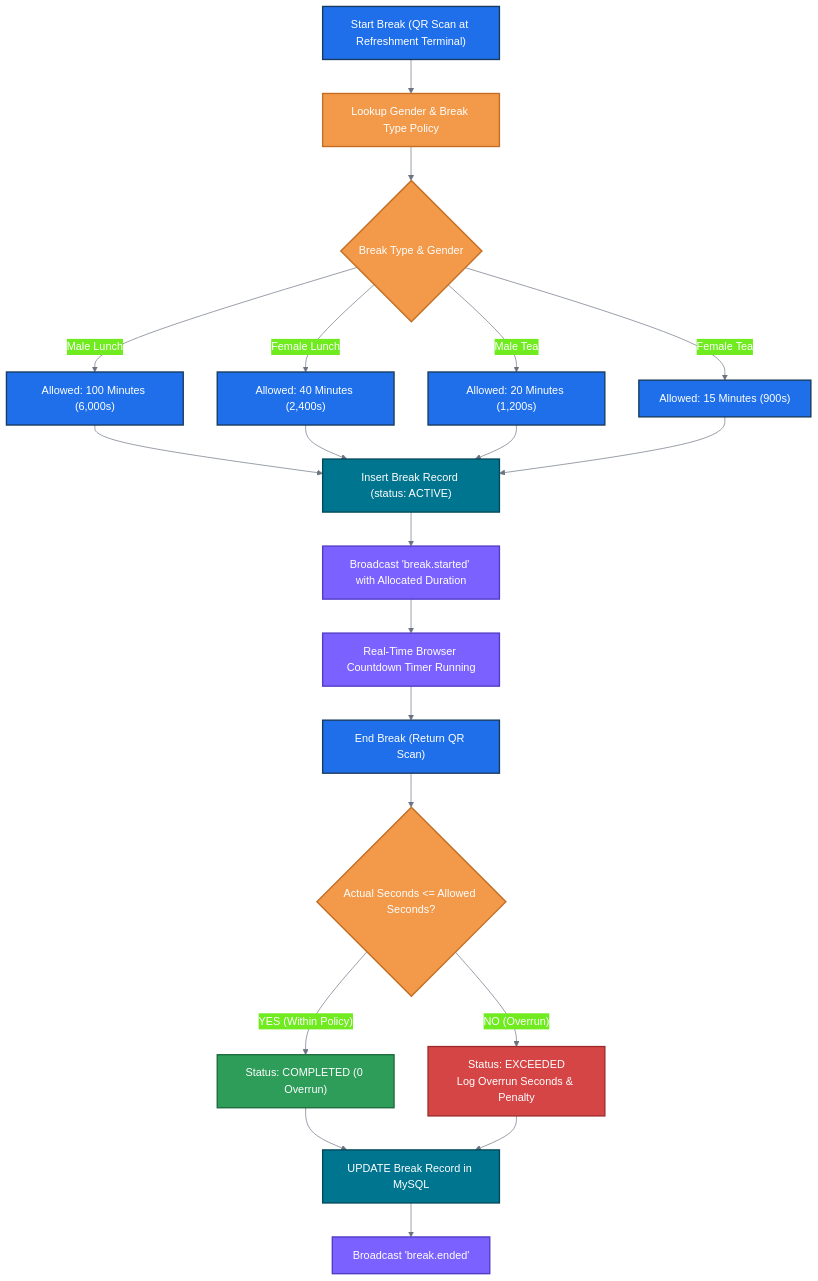
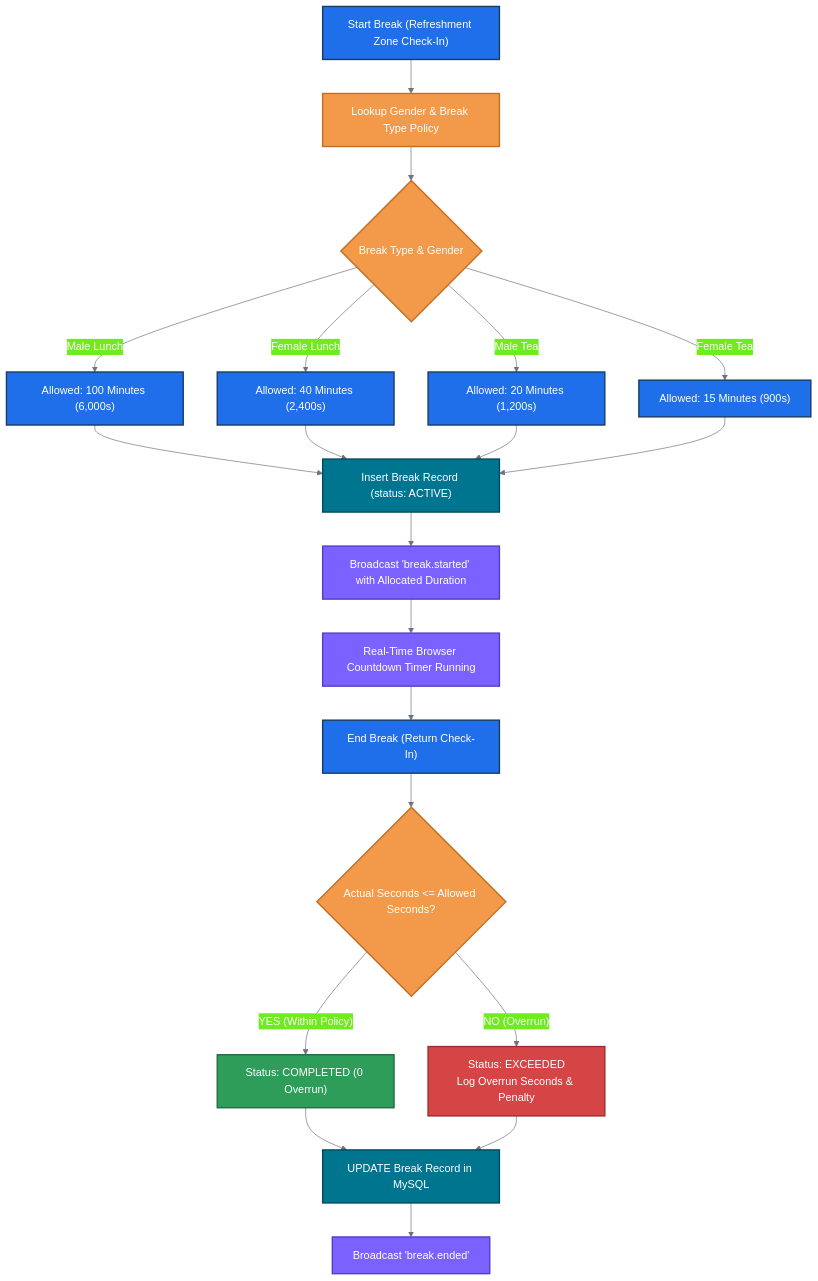
Before and after one commit to BSC-TEXTILES/BSC_Textiles_HRMS_Project: diagram 14 of 21 in README.md, drawn with Mermaid. The commit also changed other lines of this file and 118 other files, not shown here.

````diff
--- a/README.md
+++ b/README.md
@@ -902,36 +891,36 @@
 ```mermaid
 %%{init: {'theme': 'base', 'themeVariables': { 'primaryColor': '#1F6FEB', 'primaryTextColor': '#FFFFFF', 'primaryBorderColor': '#173A5E', 'lineColor': '#6B7280' }}}%%
 flowchart TD
-    START_REQ["Start Break (QR Scan at Refreshment Terminal)"]:::cBlue --> GET_POLICY["Lookup Gender & Break Type Policy"]:::cOrange
+    START_REQ["Start Break (Refreshment Zone Check-In)"]:::cBlue --> GET_POLICY["Lookup Gender & Break Type Policy"]:::cOrange
 
     GET_POLICY --> CHECK_TYPE{"Break Type & Gender"}:::cOrange
     CHECK_TYPE -- "Male Lunch" --> M_LUNCH["Allowed: 100 Minutes (6,000s)"]:::cBlue
     CHECK_TYPE -- "Female Lunch" --> F_LUNCH["Allowed: 40 Minutes (2,400s)"]:::cBlue
     CHECK_TYPE -- "Male Tea" --> M_TEA["Allowed: 20 Minutes (1,200s)"]:::cBlue
     CHECK_TYPE -- "Female Tea" --> F_TEA["Allowed: 15 Minutes (900s)"]:::cBlue
 
     M_LUNCH --> CREATE_BRK["Insert Break Record (status: ACTIVE)"]:::cDb
     F_LUNCH --> CREATE_BRK
     M_TEA --> CREATE_BRK
     F_TEA --> CREATE_BRK
 
     CREATE_BRK --> LIVE_WS["Broadcast 'break.started' with Allocated Duration"]:::cPurple
     LIVE_WS --> COUNTDOWN["Real-Time Browser Countdown Timer Running"]:::cPurple
 
-    COUNTDOWN --> END_REQ["End Break (Return QR Scan)"]:::cBlue
+    COUNTDOWN --> END_REQ["End Break (Return Check-In)"]:::cBlue
     END_REQ --> CALC_DIFF{"Actual Seconds <= Allowed Seconds?"}:::cOrange
 
     CALC_DIFF -- "YES (Within Policy)" --> COMPLETE["Status: COMPLETED (0 Overrun)"]:::cGreen
     CALC_DIFF -- "NO (Overrun)" --> EXCEED["Status: EXCEEDED<br/>Log Overrun Seconds & Penalty"]:::cRed
 
     COMPLETE --> SAVE_BRK["UPDATE Break Record in MySQL"]:::cDb
     EXCEED --> SAVE_BRK
     SAVE_BRK --> EMIT_END["Broadcast 'break.ended'"]:::cPurple
 
     classDef cBlue fill:#1F6FEB,stroke:#173A5E,stroke-width:2px,color:#FFFFFF;
     classDef cGreen fill:#2E9D59,stroke:#1E6B3D,stroke-width:2px,color:#FFFFFF;
     classDef cOrange fill:#F2994A,stroke:#C26D22,stroke-width:2px,color:#FFFFFF;
     classDef cRed fill:#D64545,stroke:#9E2B2B,stroke-width:2px,color:#FFFFFF;
     classDef cPurple fill:#7B61FF,stroke:#523BC7,stroke-width:2px,color:#FFFFFF;
     classDef cDb fill:#00758F,stroke:#004A5B,stroke-width:2px,color:#FFFFFF;
 ```
````
